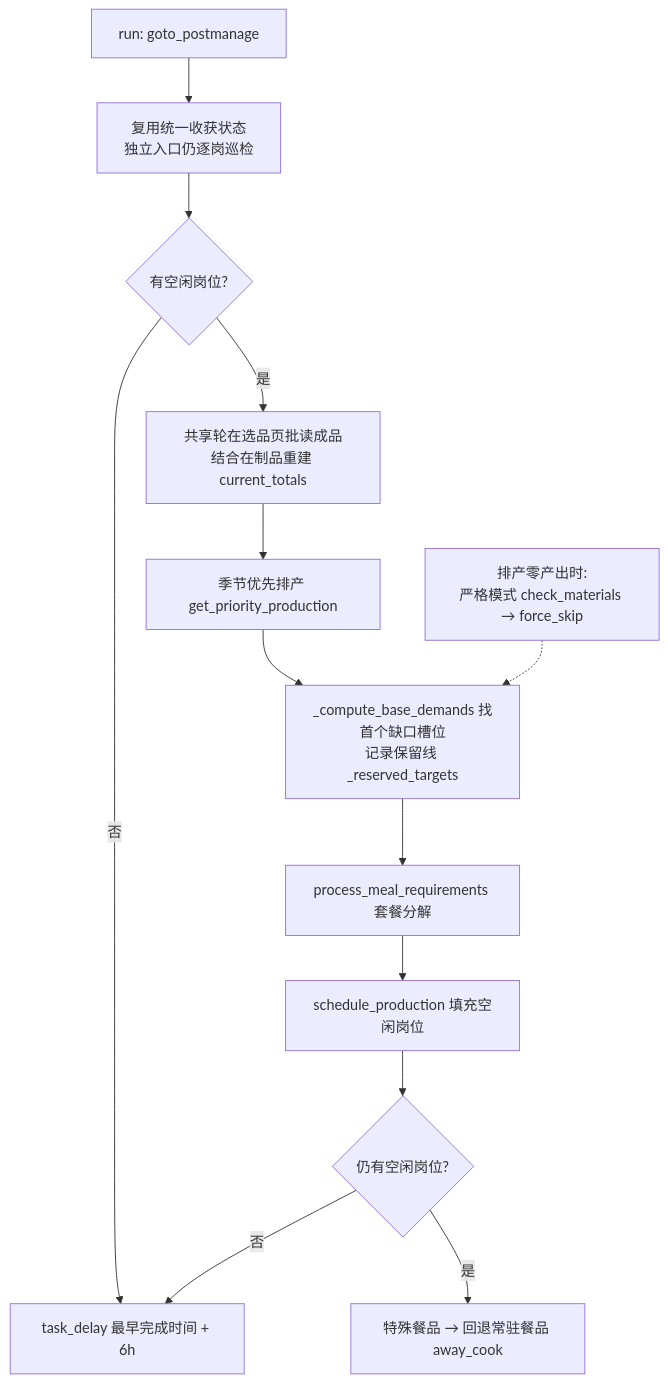
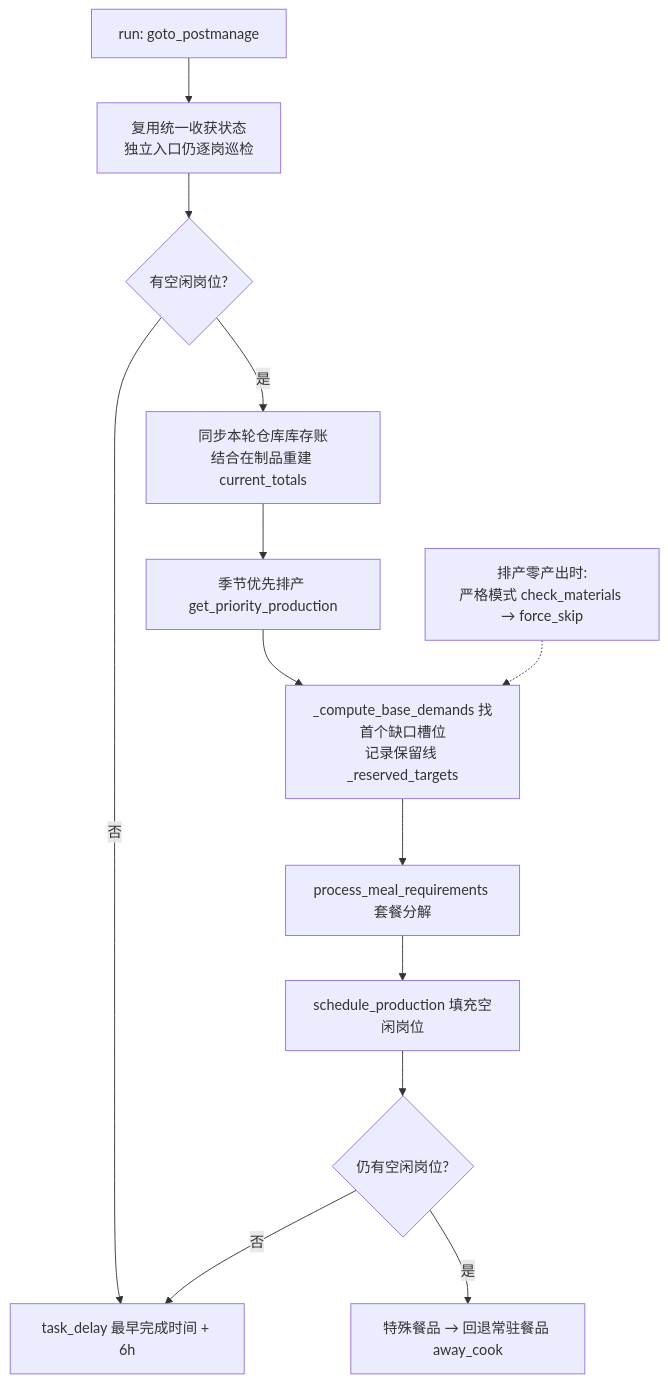
The first of 2 diagrams in docs/modules/game/island.md (zhouyc0707-spec/AzurPilot), drawn with Mermaid before and after one commit. The commit also changed other lines of this file and 21 other files, not shown here.

````diff
--- a/docs/modules/game/island.md
+++ b/docs/modules/game/island.md
@@ -202,15 +203,15 @@
 ```mermaid
 flowchart TD
     A[run: goto_postmanage] --> B[复用统一收获状态<br>独立入口仍逐岗巡检]
     B --> C{有空闲岗位?}
     C -- 否 --> Z[task_delay 最早完成时间 + 6h]
-    C -- 是 --> D[共享轮在选品页批读成品<br>结合在制品重建 current_totals]
+    C -- 是 --> D[同步本轮仓库库存账<br>结合在制品重建 current_totals]
     D --> E[季节优先排产 get_priority_production]
     E --> F[_compute_base_demands 找首个缺口槽位<br>记录保留线 _reserved_targets]
     F --> G[process_meal_requirements 套餐分解]
     G --> H[schedule_production 填充空闲岗位]
     H --> I{仍有空闲岗位?}
     I -- 是 --> J[特殊餐品 → 回退常驻餐品 away_cook]
     I -- 否 --> Z
     K[排产零产出时:<br>严格模式 check_materials → force_skip] -.-> F
 ```
````
